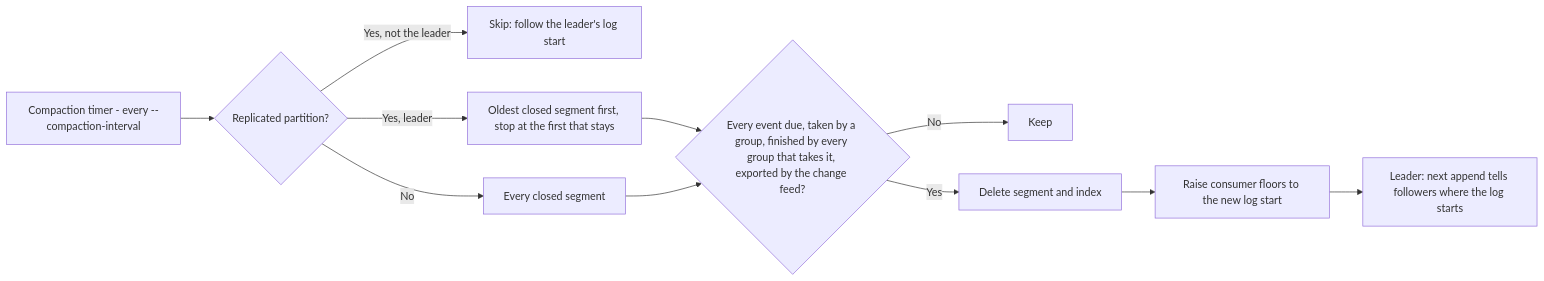
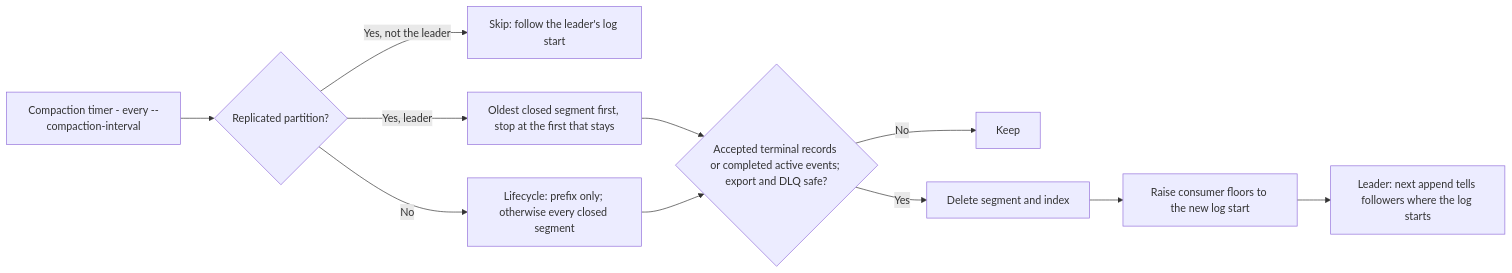
One commit to jatin711-debug/cronos_db_golang changed the tenth of 47 diagrams in ARCHITECTURE.md. Above: the diagram before and after it, drawn with Mermaid. The commit also changed other lines of this file and 39 other files, not shown here.

````diff
--- a/ARCHITECTURE.md
+++ b/ARCHITECTURE.md
@@ -461,13 +474,13 @@
 ```mermaid
 flowchart LR
     A[Compaction timer - every --compaction-interval] --> B{Replicated partition?}
     B -->|Yes, not the leader| Z[Skip: follow the leader's log start]
     B -->|Yes, leader| P[Oldest closed segment first, stop at the first that stays]
-    B -->|No| Q[Every closed segment]
-    P --> C{Every event due, taken by a group, finished by every group that takes it, exported by the change feed?}
+    B -->|No| Q[Lifecycle: prefix only; otherwise every closed segment]
+    P --> C{Accepted terminal records or completed active events; export and DLQ safe?}
     Q --> C
     C -->|No| K[Keep]
     C -->|Yes| E[Delete segment and index]
     E --> F[Raise consumer floors to the new log start]
     F --> G[Leader: next append tells followers where the log starts]
 ```
````
